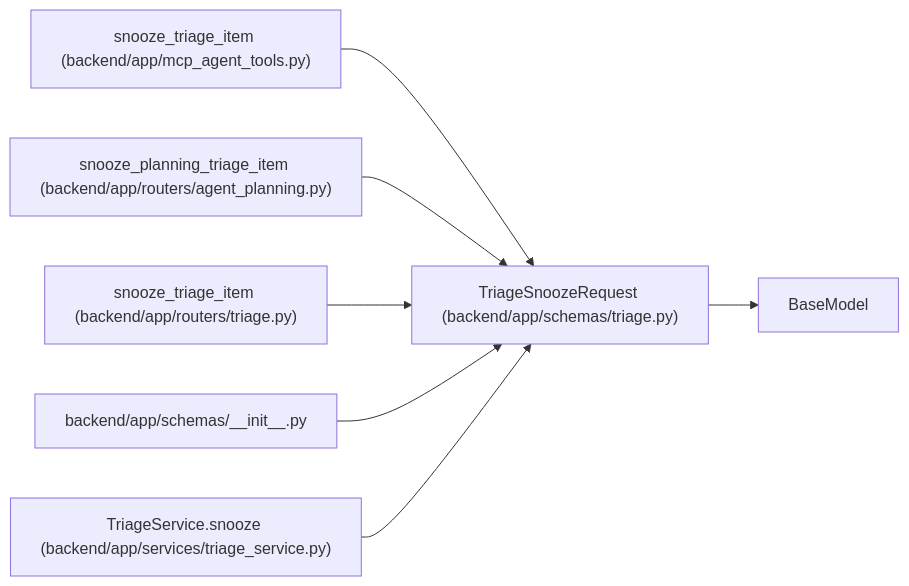
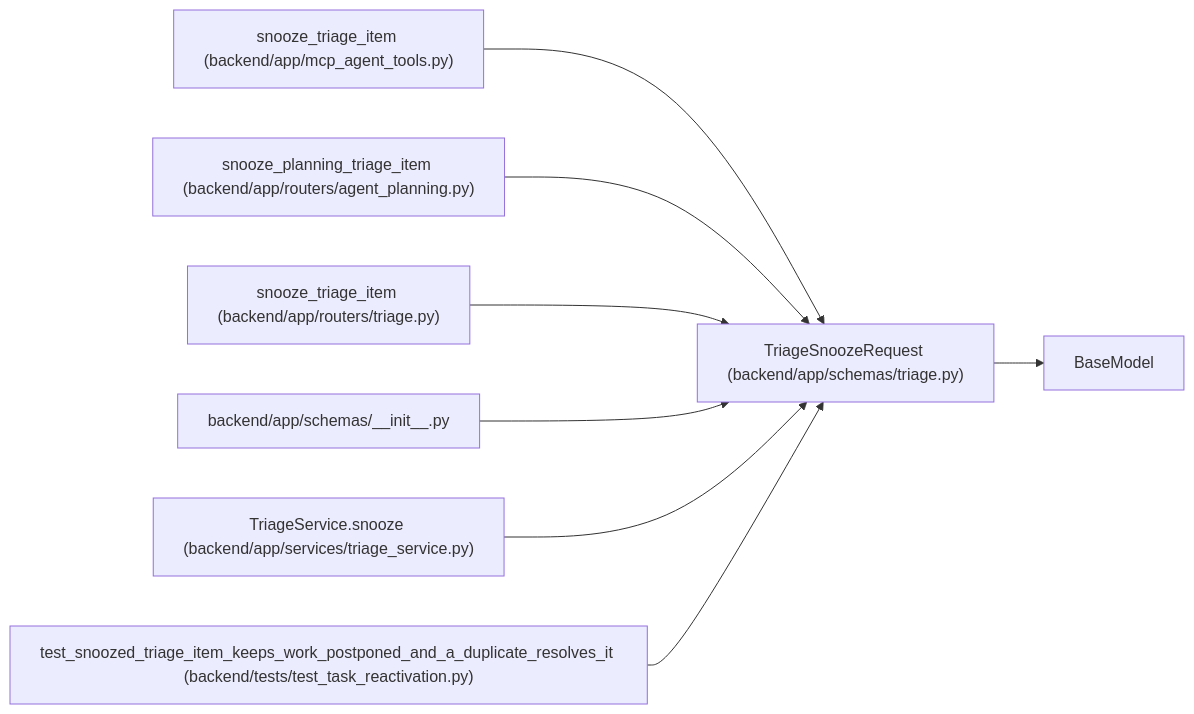
The diagram in docs/llm_wiki/entities/schemas_triage_TriageSnoozeRequest.md (Denissvgn/WorkChord), drawn with Mermaid before and after one commit. The commit also changed other lines of this file and 873 other files, not shown here.

Commit message:
Sync the architectural wiki for automatic reactivation of postponed tasks

````diff
--- a/docs/llm_wiki/entities/schemas_triage_TriageSnoozeRequest.md
+++ b/docs/llm_wiki/entities/schemas_triage_TriageSnoozeRequest.md
@@ -26,22 +26,25 @@
 ```mermaid
 flowchart LR
     n0["TriageSnoozeRequest (backend/app/schemas/triage.py)"]
     n1["BaseModel"]
     n2["snooze_triage_item (backend/app/mcp_agent_tools.py)"]
     n3["snooze_planning_triage_item (backend/app/routers/agent_planning.py)"]
     n4["snooze_triage_item (backend/app/routers/triage.py)"]
     n5["backend/app/schemas/__init__.py"]
     n6["TriageService.snooze (backend/app/services/triage_service.py)"]
+    n7["test_snoozed_triage_item_keeps_work_postponed_and_a_duplicate_resolves_it (backend/tests/test_task_reactivation.py)"]
     n0 --> n1
     n2 --> n0
     n3 --> n0
     n4 --> n0
     n5 --> n0
     n6 --> n0
+    n7 --> n0
     click n0 "../modules/schemas_triage.md"
     click n2 "../modules/mcp_agent_tools.md"
     click n3 "../modules/routers_agent_planning.md"
     click n4 "../modules/routers_triage.md"
     click n5 "../modules/schemas___init__.md"
     click n6 "../modules/triage_service.md"
+    click n7 "../modules/test_task_reactivation.md"
 ```
````
